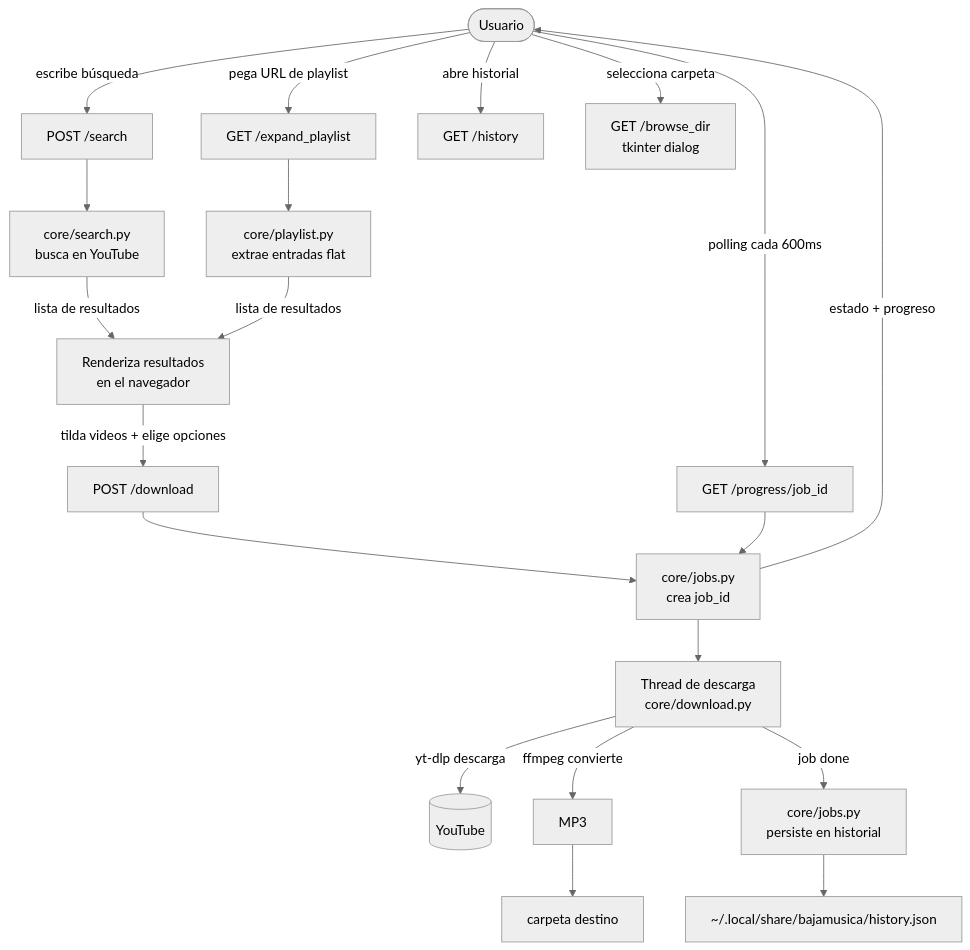
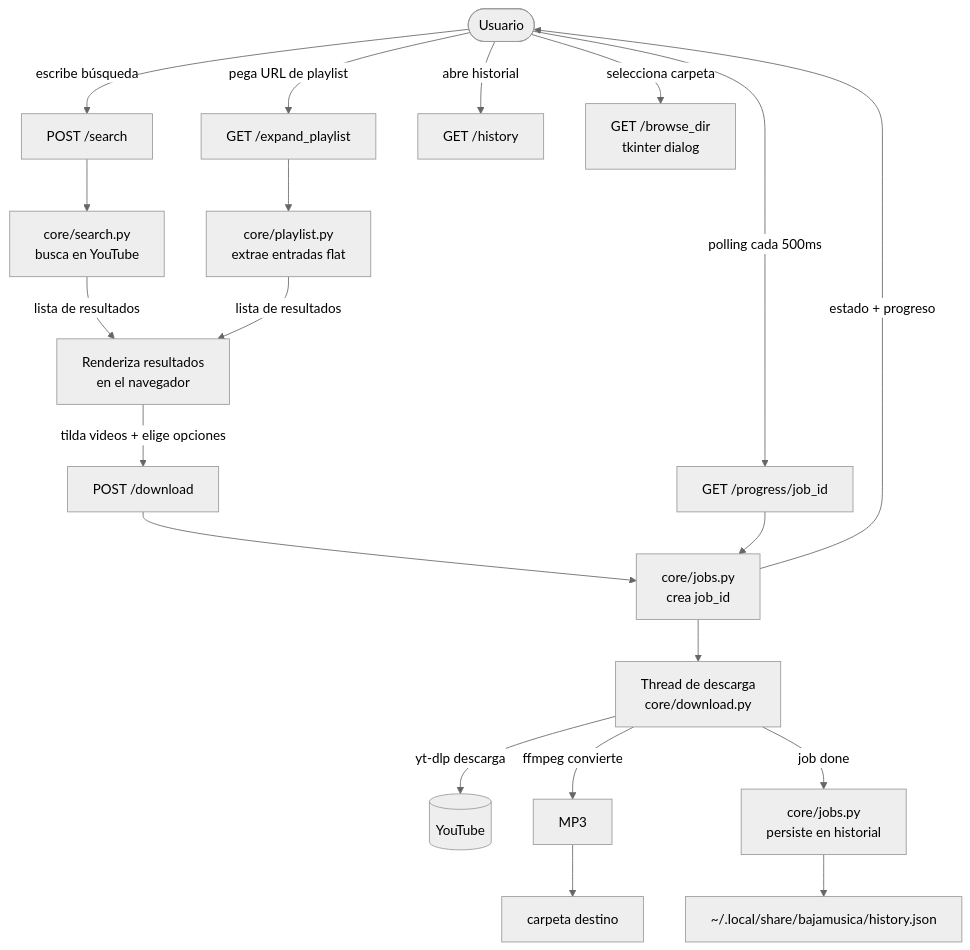
One commit to pablosartorio/bajamusica changed the diagram in README.md. Above: the diagram before and after it, drawn with Mermaid (neutral theme). The commit also changed other lines of this file and 5 other files, not shown here.

````diff
--- a/README.md
+++ b/README.md
@@ -76,21 +76,21 @@
 ```mermaid
 flowchart TD
     U([Usuario]) -->|escribe búsqueda| B[POST /search]
     U -->|pega URL de playlist| PL[GET /expand_playlist]
     B --> S[core/search.py\nbusca en YouTube]
     PL --> PS[core/playlist.py\nextrae entradas flat]
     S & PS -->|lista de resultados| R[Renderiza resultados\nen el navegador]
     R -->|tilda videos + elige opciones| D[POST /download]
     D --> J[core/jobs.py\ncrea job_id]
     J --> T[Thread de descarga\ncore/download.py]
     T -->|yt-dlp descarga| YT[(YouTube)]
     T -->|ffmpeg convierte| F[MP3]
     F --> M[carpeta destino]
     T -->|job done| H[core/jobs.py\npersiste en historial]
     H --> HF[~/.local/share/bajamusica/history.json]
-    U -->|polling cada 600ms| P[GET /progress/job_id]
+    U -->|polling cada 500ms| P[GET /progress/job_id]
     P --> J
     J -->|estado + progreso| U
     U -->|abre historial| GH[GET /history]
     U -->|selecciona carpeta| GB[GET /browse_dir\ntkinter dialog]
 ```
````
